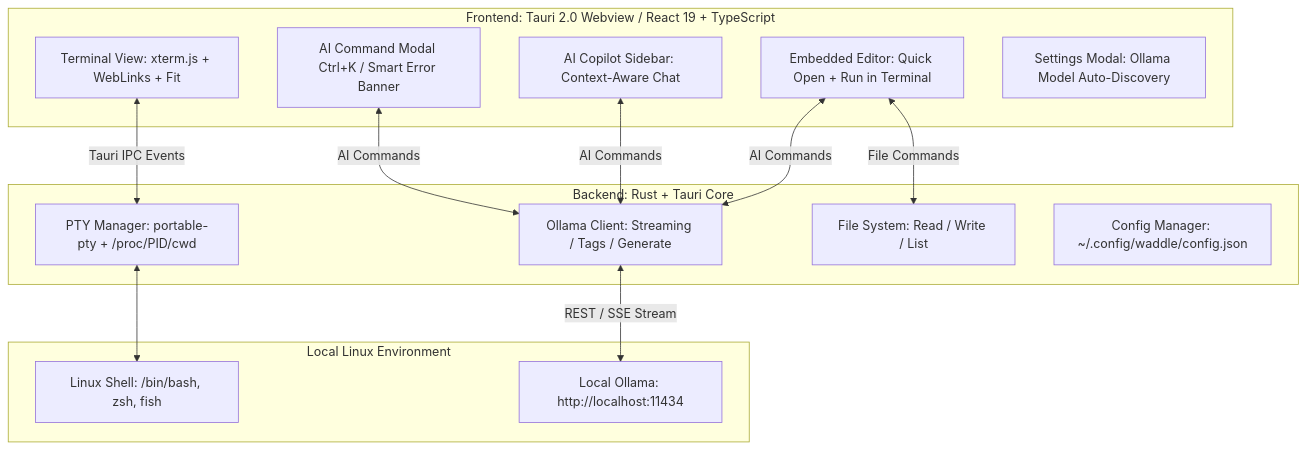
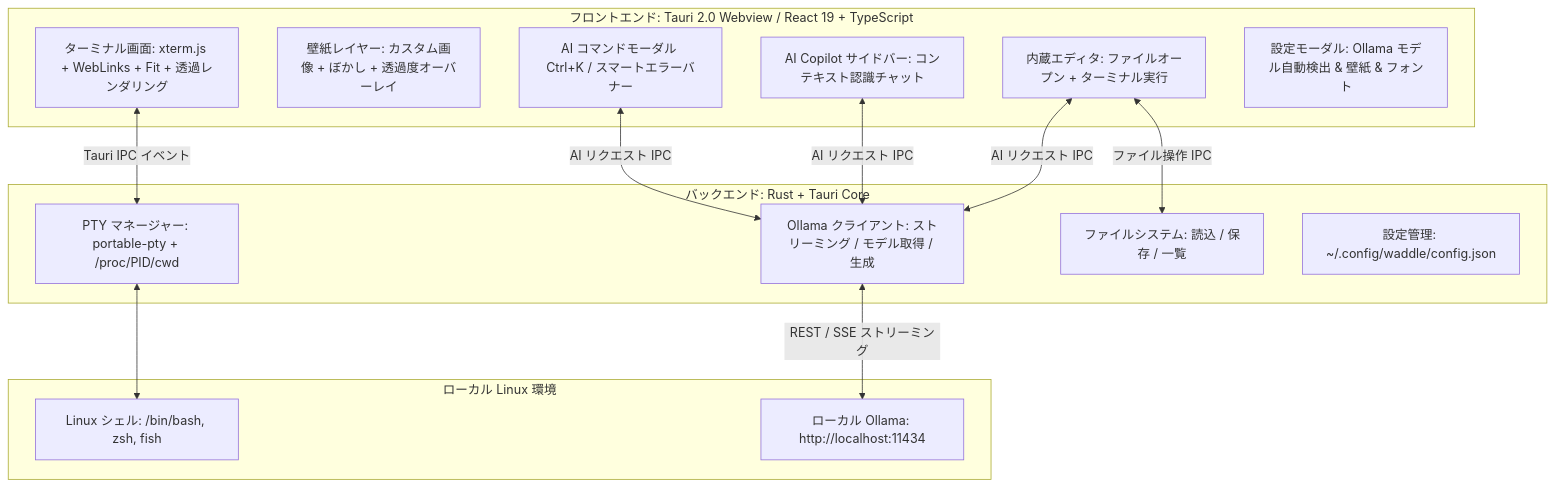
Before and after one commit to wammed/Waddle: the diagram in README.ja.md, drawn with Mermaid. The commit also changed other lines of this file and 1 other file, not shown here.

Commit message:
docs: update documentation to reflect new custom wallpaper features and refined terminal architectural details

````diff
--- a/README.ja.md
+++ b/README.ja.md
@@ -95,28 +99,29 @@
 ```mermaid
 graph TD
-    subgraph UI_Layer [Frontend: Tauri 2.0 Webview / React 19 + TypeScript]
-        TermView[Terminal View: xterm.js + WebLinks + Fit]
-        Editor[Embedded Editor: Quick Open + Run in Terminal]
-        AIOverlay[AI Command Modal Ctrl+K / Smart Error Banner]
-        Copilot[AI Copilot Sidebar: Context-Aware Chat]
-        Settings[Settings Modal: Ollama Model Auto-Discovery]
+    subgraph UI_Layer [フロントエンド: Tauri 2.0 Webview / React 19 + TypeScript]
+        TermView[ターミナル画面: xterm.js + WebLinks + Fit + 透過レンダリング]
+        WallLayer[壁紙レイヤー: カスタム画像 + ぼかし + 透過度オーバーレイ]
+        Editor[内蔵エディタ: ファイルオープン + ターミナル実行]
+        AIOverlay[AI コマンドモーダル Ctrl+K / スマートエラーバナー]
+        Copilot[AI Copilot サイドバー: コンテキスト認識チャット]
+        Settings[設定モーダル: Ollama モデル自動検出 & 壁紙 & フォント]
     end
 
-    subgraph Rust_Backend [Backend: Rust + Tauri Core]
-        PtyMgr[PTY Manager: portable-pty + /proc/PID/cwd]
-        AiCore[Ollama Client: Streaming / Tags / Generate]
-        FileIO[File System: Read / Write / List]
-        ConfigMgr[Config Manager: ~/.config/waddle/config.json]
+    subgraph Rust_Backend [バックエンド: Rust + Tauri Core]
+        PtyMgr[PTY マネージャー: portable-pty + /proc/PID/cwd]
+        AiCore[Ollama クライアント: ストリーミング / モデル取得 / 生成]
+        FileIO[ファイルシステム: 読込 / 保存 / 一覧]
+        ConfigMgr[設定管理: ~/.config/waddle/config.json]
     end
 
-    subgraph System_Layer [Local Linux Environment]
-        Shell[Linux Shell: /bin/bash, zsh, fish]
-        Ollama[Local Ollama: http://localhost:11434]
+    subgraph System_Layer [ローカル Linux 環境]
+        Shell[Linux シェル: /bin/bash, zsh, fish]
+        Ollama[ローカル Ollama: http://localhost:11434]
     end
 
-    TermView <-->|Tauri IPC Events| PtyMgr
+    TermView <-->|Tauri IPC イベント| PtyMgr
     PtyMgr <--> Shell
-    Editor <-->|File Commands| FileIO
-    AIOverlay & Copilot & Editor <-->|AI Commands| AiCore
-    AiCore <-->|REST / SSE Stream| Ollama
+    Editor <-->|ファイル操作 IPC| FileIO
+    AIOverlay & Copilot & Editor <-->|AI リクエスト IPC| AiCore
+    AiCore <-->|REST / SSE ストリーミング| Ollama
 ```
````
